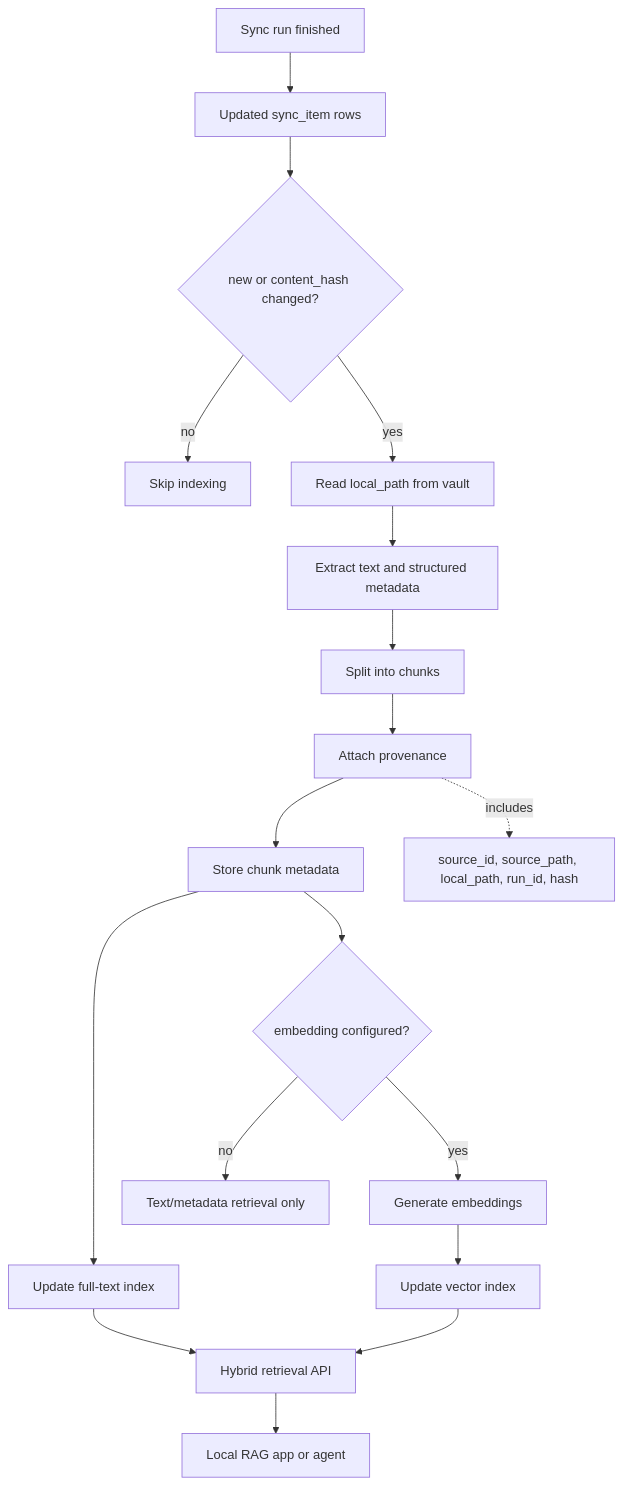
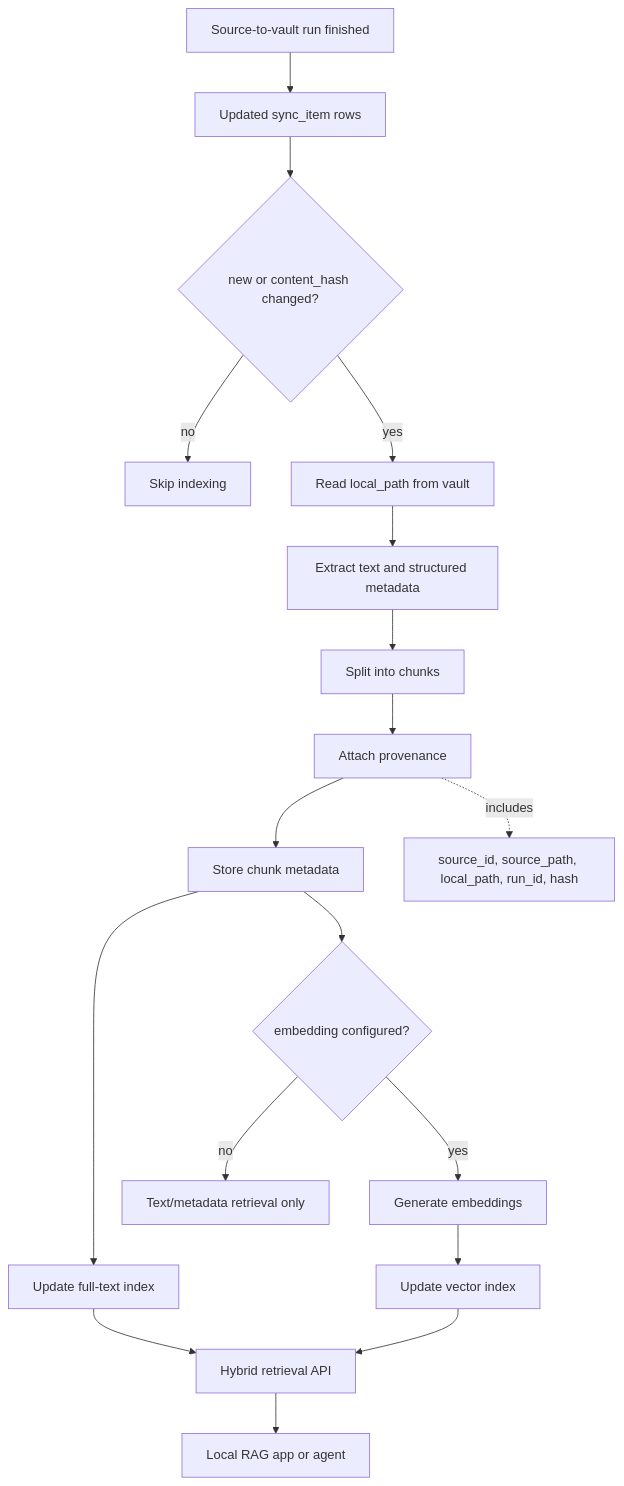
The tenth of 10 diagrams in docs/flows.md (Ns2Kracy/hoarder), drawn with Mermaid before and after one commit. The commit also changed other lines of this file and 17 other files, not shown here.

Commit message:
docs: clarify one-way source sync model

````diff
--- a/docs/flows.md
+++ b/docs/flows.md
@@ -285,21 +285,21 @@
 ```mermaid
 flowchart TD
-    SyncDone[Sync run finished] --> Items[Updated sync_item rows]
+    SyncDone[Source-to-vault run finished] --> Items[Updated sync_item rows]
     Items --> Changed{new or content_hash changed?}
     Changed -- no --> NoIndex[Skip indexing]
     Changed -- yes --> ReadVault[Read local_path from vault]
     ReadVault --> Extract[Extract text and structured metadata]
     Extract --> Chunk[Split into chunks]
     Chunk --> Attach[Attach provenance]
     Attach --> StoreChunks[Store chunk metadata]
     StoreChunks --> FullText[Update full-text index]
     StoreChunks --> Embed{embedding configured?}
     Embed -- no --> SearchOnly[Text/metadata retrieval only]
     Embed -- yes --> Vectorize[Generate embeddings]
     Vectorize --> VectorIndex[Update vector index]
     FullText --> Retrieval[Hybrid retrieval API]
     VectorIndex --> Retrieval
     Retrieval --> RAG[Local RAG app or agent]
 
     Attach -. includes .-> Provenance[source_id, source_path, local_path, run_id, hash]
 ```
````
